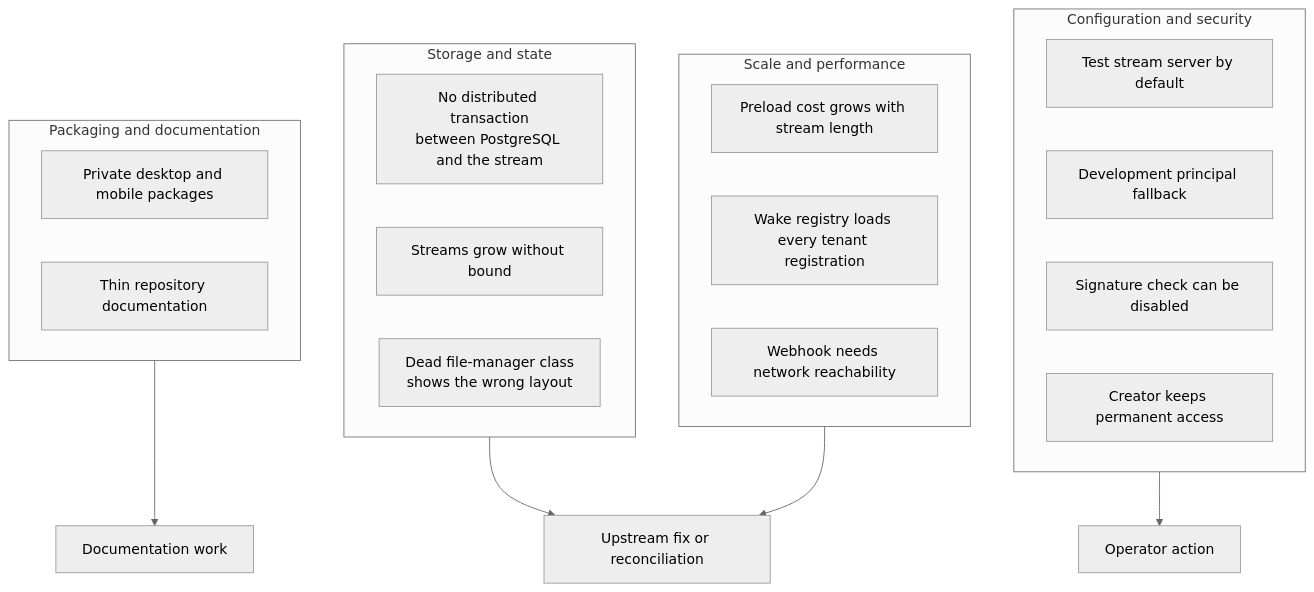
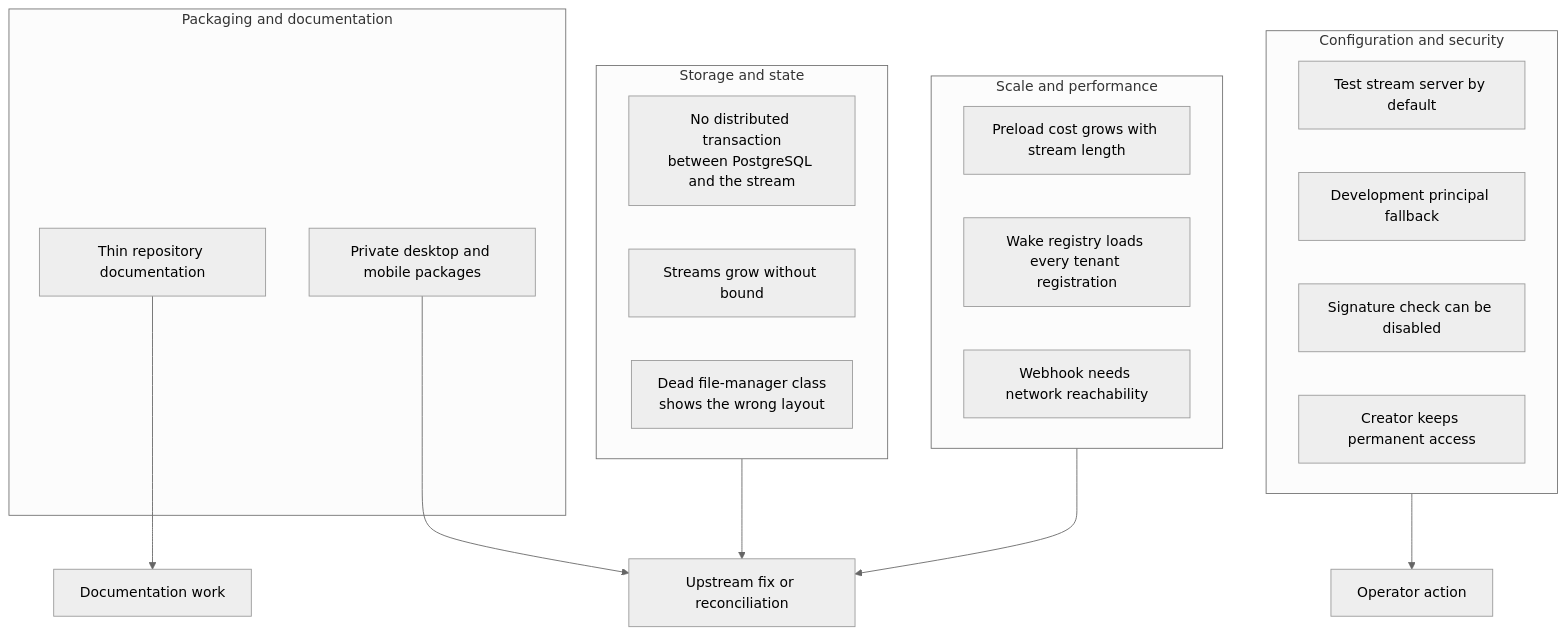
One commit to ewe-studios/explorations changed the first of 2 diagrams in src.durable-streams/src.electric/markdown/07-critical-assessment.md. Above: the diagram before and after it, drawn with Mermaid (neutral theme). The commit also changed other lines of this file and 112 other files, not shown here.

````diff
--- a/src.durable-streams/src.electric/markdown/07-critical-assessment.md
+++ b/src.durable-streams/src.electric/markdown/07-critical-assessment.md
@@ -35,27 +35,28 @@
 ```mermaid
 flowchart TD
     subgraph CFG["Configuration and security"]
         R1["Test stream server by default"]
         R2["Development principal fallback"]
         R7["Signature check can be disabled"]
         R8["Creator keeps permanent access"]
     end
     subgraph STO["Storage and state"]
         R3["No distributed transaction<br/>between PostgreSQL and the stream"]
         R4["Streams grow without bound"]
         R10["Dead file-manager class<br/>shows the wrong layout"]
     end
     subgraph SCL["Scale and performance"]
         R5["Preload cost grows with stream length"]
         R9["Wake registry loads every tenant registration"]
         R6["Webhook needs network reachability"]
     end
     subgraph PKG["Packaging and documentation"]
         R11["Private desktop and mobile packages"]
         R12["Thin repository documentation"]
     end
     CFG --> OP["Operator action"]
     STO --> UP["Upstream fix or reconciliation"]
     SCL --> UP
-    PKG --> DOC["Documentation work"]
+    R11 --> UP
+    R12 --> DOC["Documentation work"]
 ```
````
